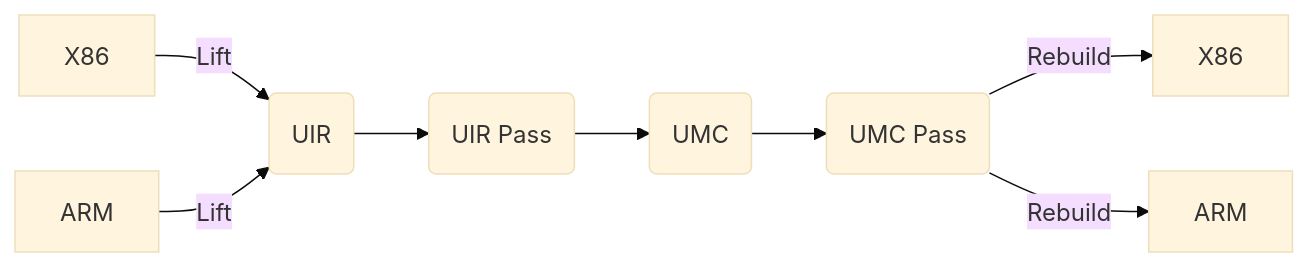
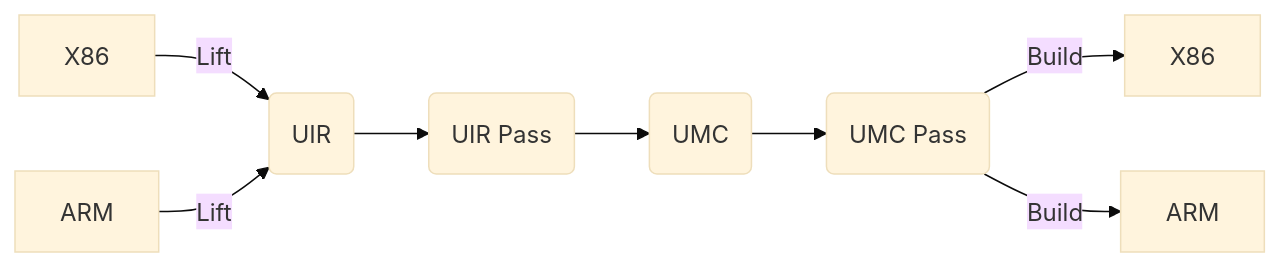
The diagram in README.md (NewWorldComingSoon/UnknownRebuilder), drawn with Mermaid (base theme) before and after one commit.

````diff
--- a/README.md
+++ b/README.md
@@ -8,10 +8,10 @@
 ```mermaid
 flowchart LR
 A1[X86] -->|Lift| B(UIR)
 A2[ARM] -->|Lift| B(UIR)
 B -->C(UIR Pass)
 C -->D(UMC)
 D -->E(UMC Pass)
-E -->|Rebuild| F1[X86]
-E -->|Rebuild| F2[ARM]
+E -->|Build| F1[X86]
+E -->|Build| F2[ARM]
 ```
````
